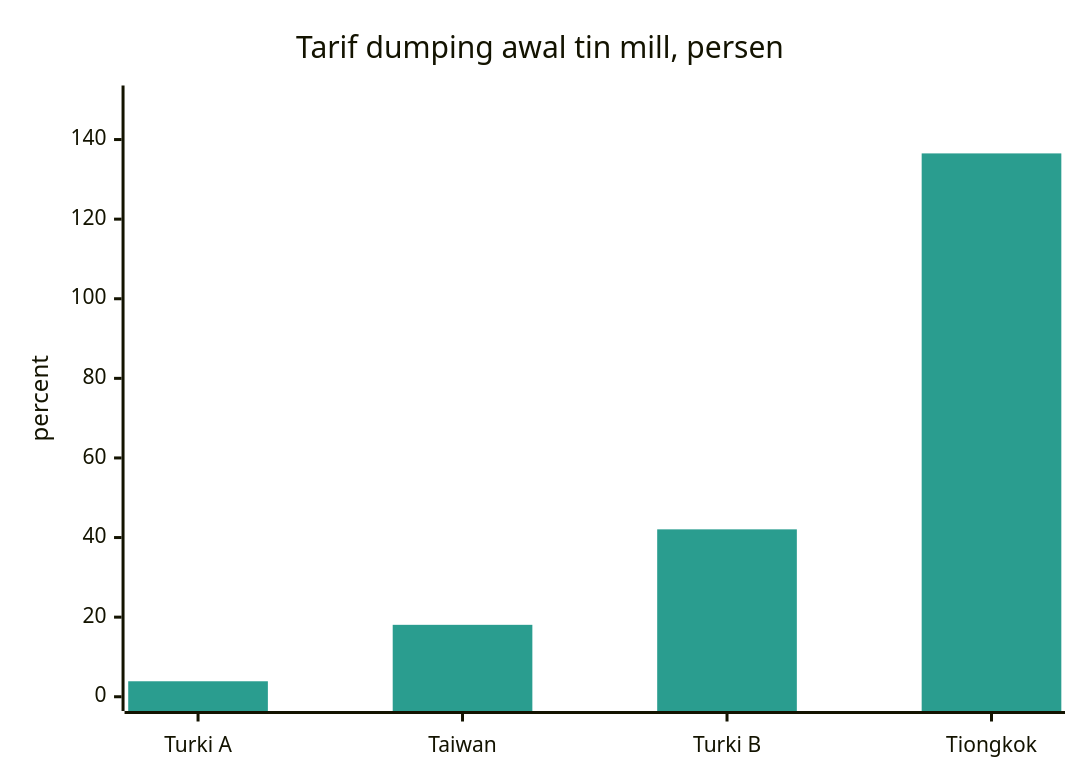
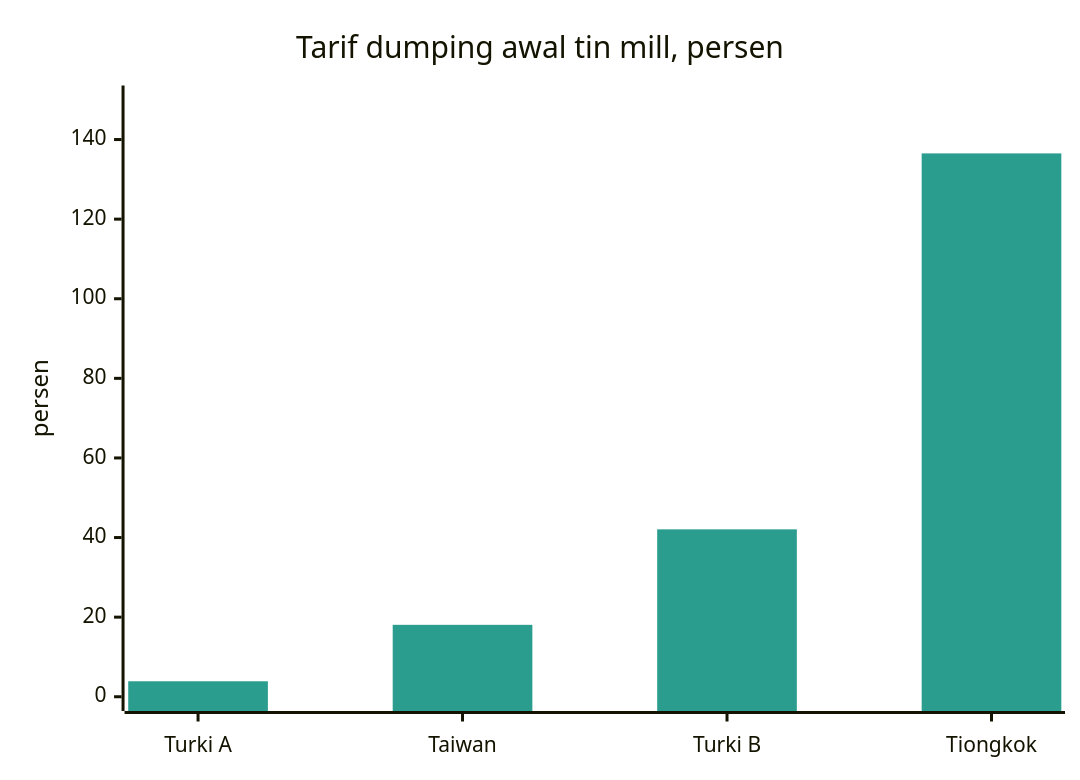
The fourth of 13 diagrams in Global-Trade-Intelligence-weekly-2026-11-16/index.id.md (dureach/research), drawn with Mermaid before and after one commit. The commit also changed other lines of this file and 5 other files, not shown here.

````diff
--- a/Global-Trade-Intelligence-weekly-2026-11-16/index.id.md
+++ b/Global-Trade-Intelligence-weekly-2026-11-16/index.id.md
@@ -287,8 +287,8 @@
 ```mermaid
 %%{init: {'theme': 'base', 'themeVariables': {'xyChart': {'plotColorPalette': '#2a9d8f'}}}}%%
 xychart-beta
     title "Tarif dumping awal tin mill, persen"
     x-axis ["Turki A", "Taiwan", "Turki B", "Tiongkok"]
-    y-axis "percent" 0 --> 150
+    y-axis "persen" 0 --> 150
     bar [3.89, 18.07, 42.06, 136.52]
 ```
````
